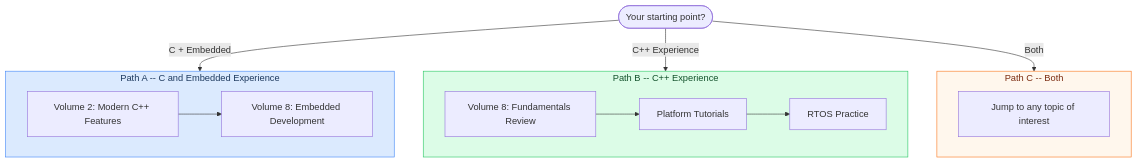
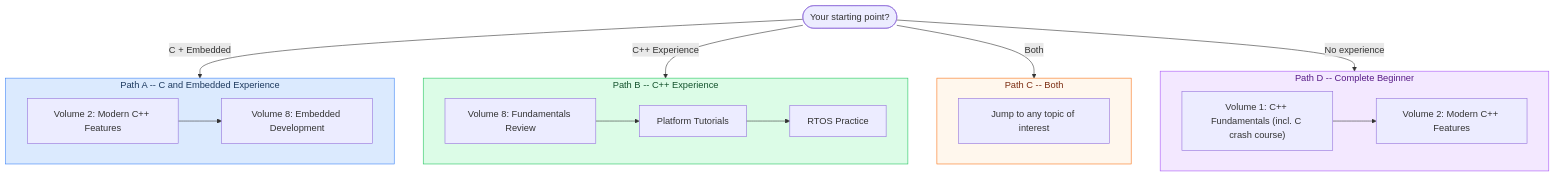
Before and after one commit to Awesome-Embedded-Learning-Studio/Tutorial_AwesomeModernCPP: the second of 2 diagrams in README.en.md, drawn with Mermaid. The commit also changed other lines of this file and 2 other files, not shown here.

````diff
--- a/README.en.md
+++ b/README.en.md
@@ -55,19 +55,24 @@
 ```mermaid
 flowchart TD
     subgraph PathA["Path A -- C and Embedded Experience"]
         A1["Volume 2: Modern C++ Features"] --> A2["Volume 8: Embedded Development"]
     end
     subgraph PathB["Path B -- C++ Experience"]
         B1["Volume 8: Fundamentals Review"] --> B2["Platform Tutorials"] --> B3["RTOS Practice"]
     end
     subgraph PathC["Path C -- Both"]
         C1["Jump to any topic of interest"]
     end
+    subgraph PathD["Path D -- Complete Beginner"]
+        D1["Volume 1: C++ Fundamentals (incl. C crash course)"] --> D2["Volume 2: Modern C++ Features"]
+    end
     Start(["Your starting point?"]) -->|"C + Embedded"| PathA
     Start -->|"C++ Experience"| PathB
     Start -->|"Both"| PathC
+    Start -->|"No experience"| PathD
 
     style PathA fill:#dbeafe,stroke:#3b82f6,color:#1e3a5f
     style PathB fill:#dcfce7,stroke:#22c55e,color:#14532d
     style PathC fill:#fff7ed,stroke:#f97316,color:#7c2d12
+    style PathD fill:#f3e8ff,stroke:#a855f7,color:#581c87
 ```
````
